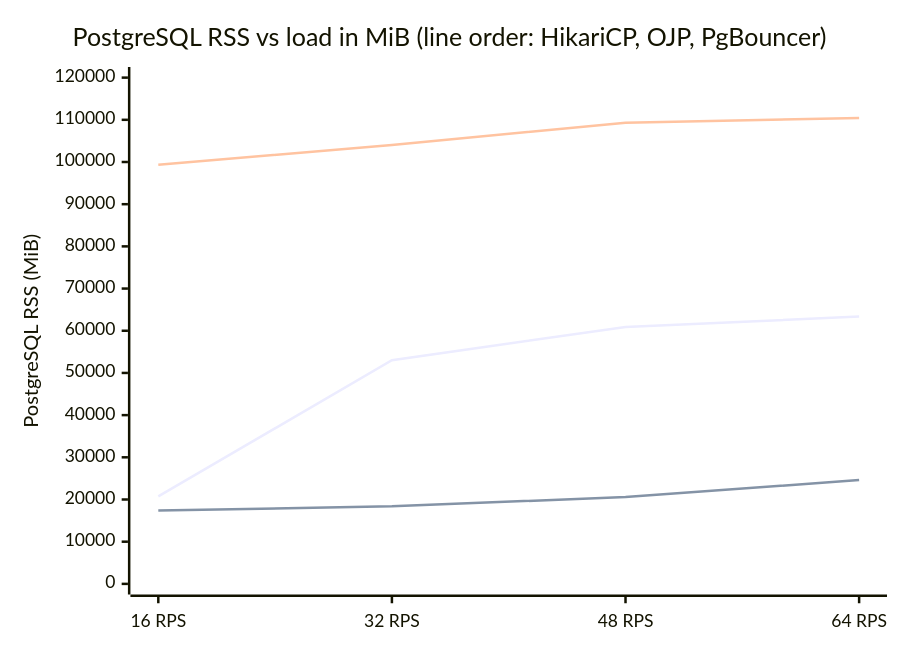
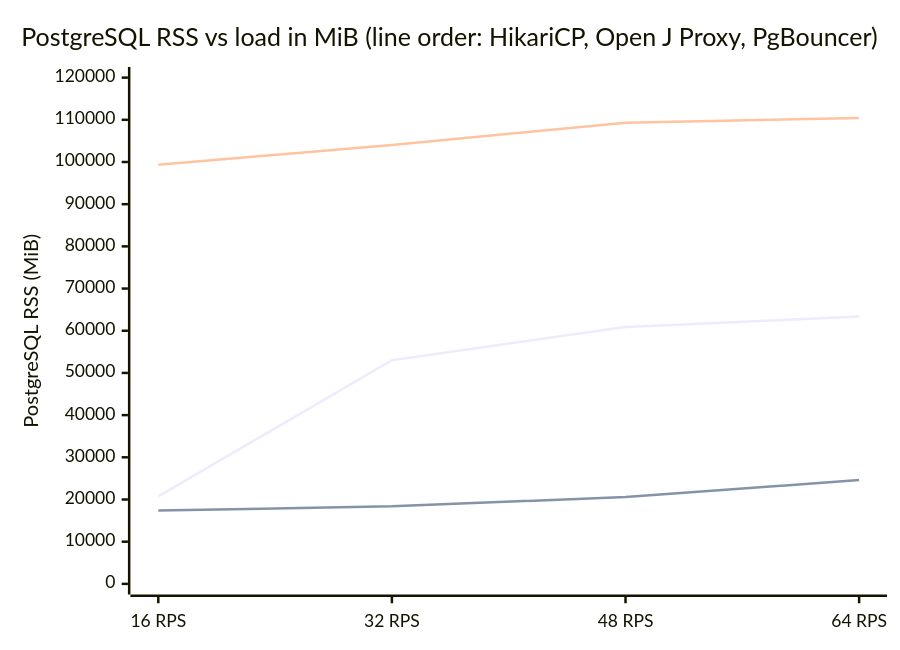
One commit to rrobetti/stressum changed the sixth of 7 diagrams in article.md. Above: the diagram before and after it, drawn with Mermaid. The commit also changed other lines of this file, not shown here.

Commit message:
docs: replace OJP with Open J Proxy throughout article

````diff
--- a/article.md
+++ b/article.md
@@ -151,9 +151,9 @@
 ```mermaid
 xychart-beta
-    title "PostgreSQL RSS vs load in MiB (line order: HikariCP, OJP, PgBouncer)"
+    title "PostgreSQL RSS vs load in MiB (line order: HikariCP, Open J Proxy, PgBouncer)"
     x-axis ["16 RPS", "32 RPS", "48 RPS", "64 RPS"]
     y-axis "PostgreSQL RSS (MiB)" 0 --> 120000
     line [20748, 53002, 60913, 63360]
     line [17395, 18373, 20598, 24602]
     line [99326, 104026, 109309, 110457]
 ```
````
